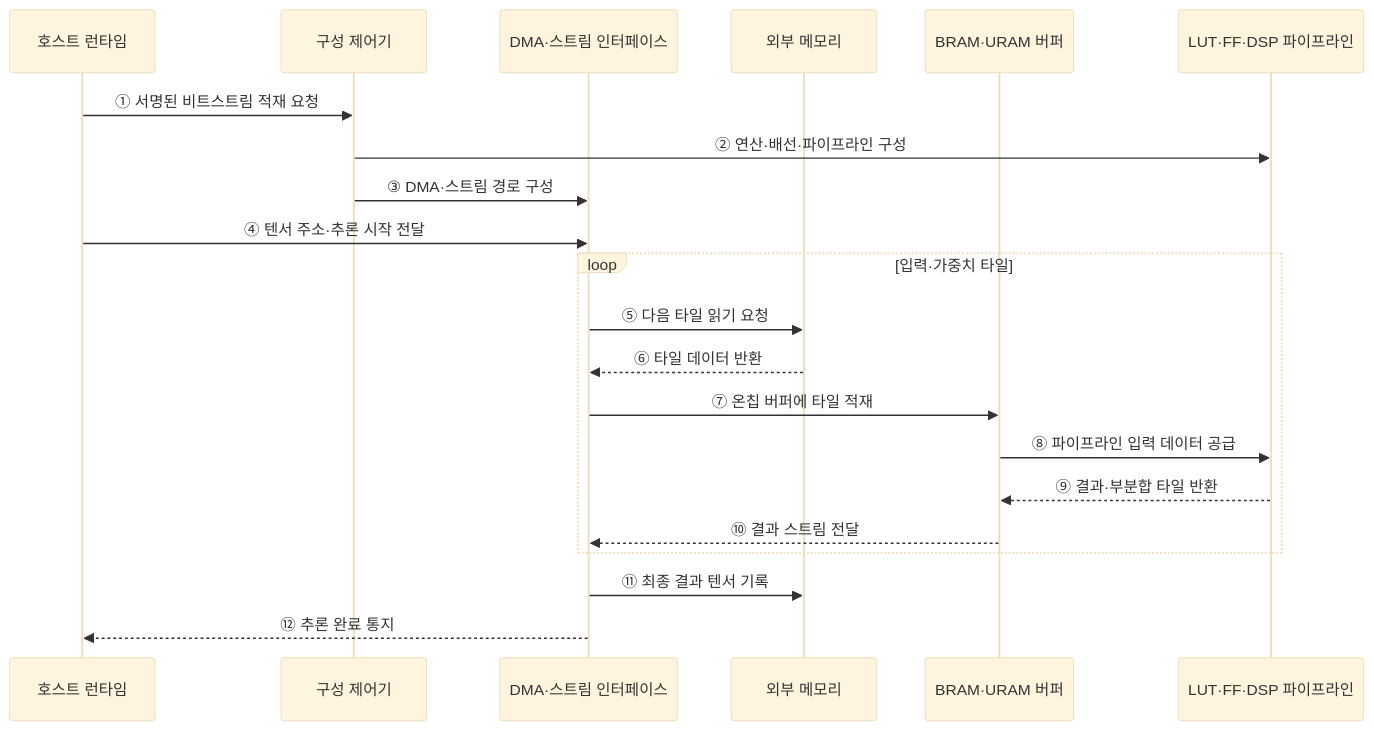
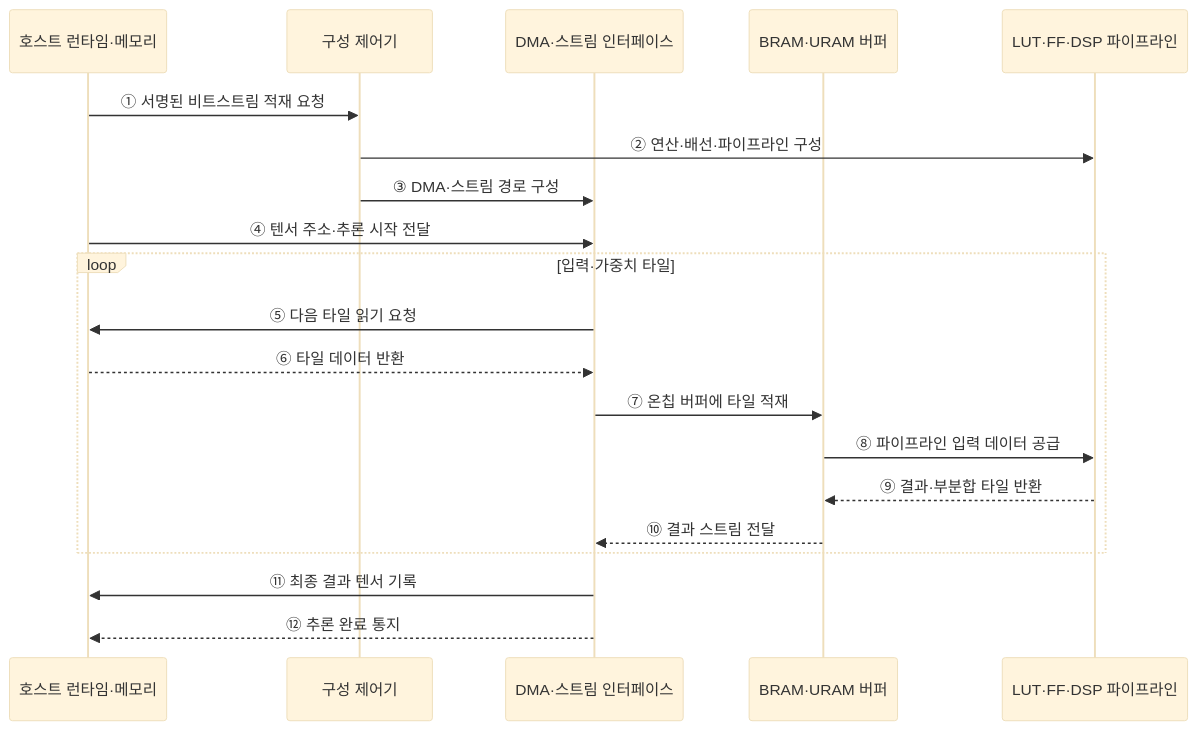
Before and after one commit to agnusdei1207/knowledge-base: the second of 2 diagrams in src/content/docs/notes/02-hardware/039_fpga_ai_acceleration.md, drawn with Mermaid (base theme). The commit also changed other lines of this file and 20 other files, not shown here.

````diff
--- a/src/content/docs/notes/02-hardware/039_fpga_ai_acceleration.md
+++ b/src/content/docs/notes/02-hardware/039_fpga_ai_acceleration.md
@@ -101,24 +92,23 @@
 ```mermaid
 sequenceDiagram
-    participant H as 호스트 런타임
+    participant H as 호스트 런타임·메모리
     participant C as 구성 제어기
     participant D as DMA·스트림 인터페이스
-    participant M as 외부 메모리
     participant B as BRAM·URAM 버퍼
     participant P as LUT·FF·DSP 파이프라인
 
     H->>C: ① 서명된 비트스트림 적재 요청
     C->>P: ② 연산·배선·파이프라인 구성
     C->>D: ③ DMA·스트림 경로 구성
     H->>D: ④ 텐서 주소·추론 시작 전달
     loop 입력·가중치 타일
-        D->>M: ⑤ 다음 타일 읽기 요청
-        M-->>D: ⑥ 타일 데이터 반환
+        D->>H: ⑤ 다음 타일 읽기 요청
+        H-->>D: ⑥ 타일 데이터 반환
         D->>B: ⑦ 온칩 버퍼에 타일 적재
         B->>P: ⑧ 파이프라인 입력 데이터 공급
         P-->>B: ⑨ 결과·부분합 타일 반환
         B-->>D: ⑩ 결과 스트림 전달
     end
-    D->>M: ⑪ 최종 결과 텐서 기록
+    D->>H: ⑪ 최종 결과 텐서 기록
     D-->>H: ⑫ 추론 완료 통지
 ```
````
